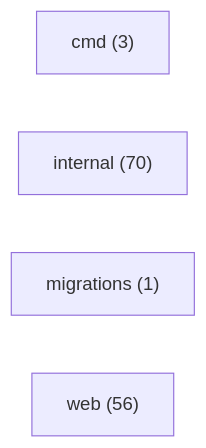
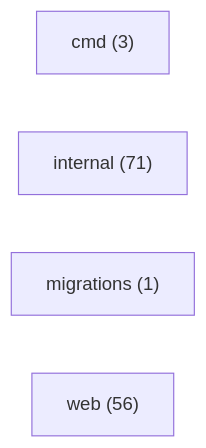
Before and after one commit to mauriciomiwa/ominicore-service: the diagram in DOC/System/mapa/inventario.md, drawn with Mermaid. The commit also changed other lines of this file and 39 other files, not shown here.

````diff
--- a/DOC/System/mapa/inventario.md
+++ b/DOC/System/mapa/inventario.md
@@ -16,7 +16,7 @@
 ```mermaid
 graph LR
   cmd["cmd (3)"]
-  internal["internal (70)"]
+  internal["internal (71)"]
   migrations["migrations (1)"]
   web["web (56)"]
 ```
````
